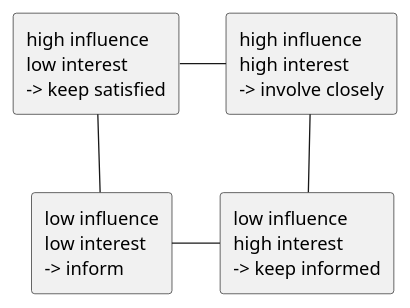
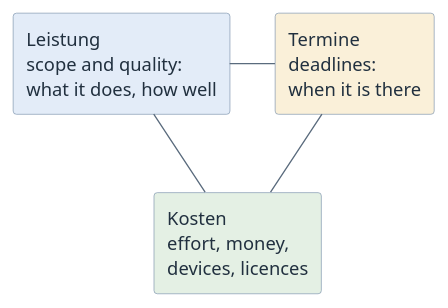
Before and after one commit to htl-leonding-college/curriculum-syp3: the diagram in modules/governance-stakeholders-goals/index.adoc, drawn with PlantUML. The commit also changed other lines of this file and 6 other files, not shown here.

```diff
--- a/modules/governance-stakeholders-goals/index.adoc
+++ b/modules/governance-stakeholders-goals/index.adoc
@@ -51,15 +112,16 @@
-[plantuml,stakeholder-grid,svg]
+[plantuml,goal-dimensions,svg]
 ----
 @startuml
-skinparam monochrome true
+<style>
+element { BackgroundColor #EDF3FA; LineColor #7C93AD; FontColor #21303F }
+arrow { LineColor #5A6B7D; FontColor #21303F }
+</style>
 skinparam shadowing false
-rectangle "high influence\nlow interest\n-> keep satisfied" as A
-rectangle "high influence\nhigh interest\n-> involve closely" as B
-rectangle "low influence\nlow interest\n-> inform" as C
-rectangle "low influence\nhigh interest\n-> keep informed" as D
-A -right- B
-C -right- D
-A -down- C
-B -down- D
+rectangle "Leistung\nscope and quality:\nwhat it does, how well" as L #E3ECF8
+rectangle "Termine\ndeadlines:\nwhen it is there" as T #FAF0D9
+rectangle "Kosten\neffort, money,\ndevices, licences" as K #E4F0E4
+L -right- T
+T -down- K
+K -left- L
 @enduml
 ----
```
